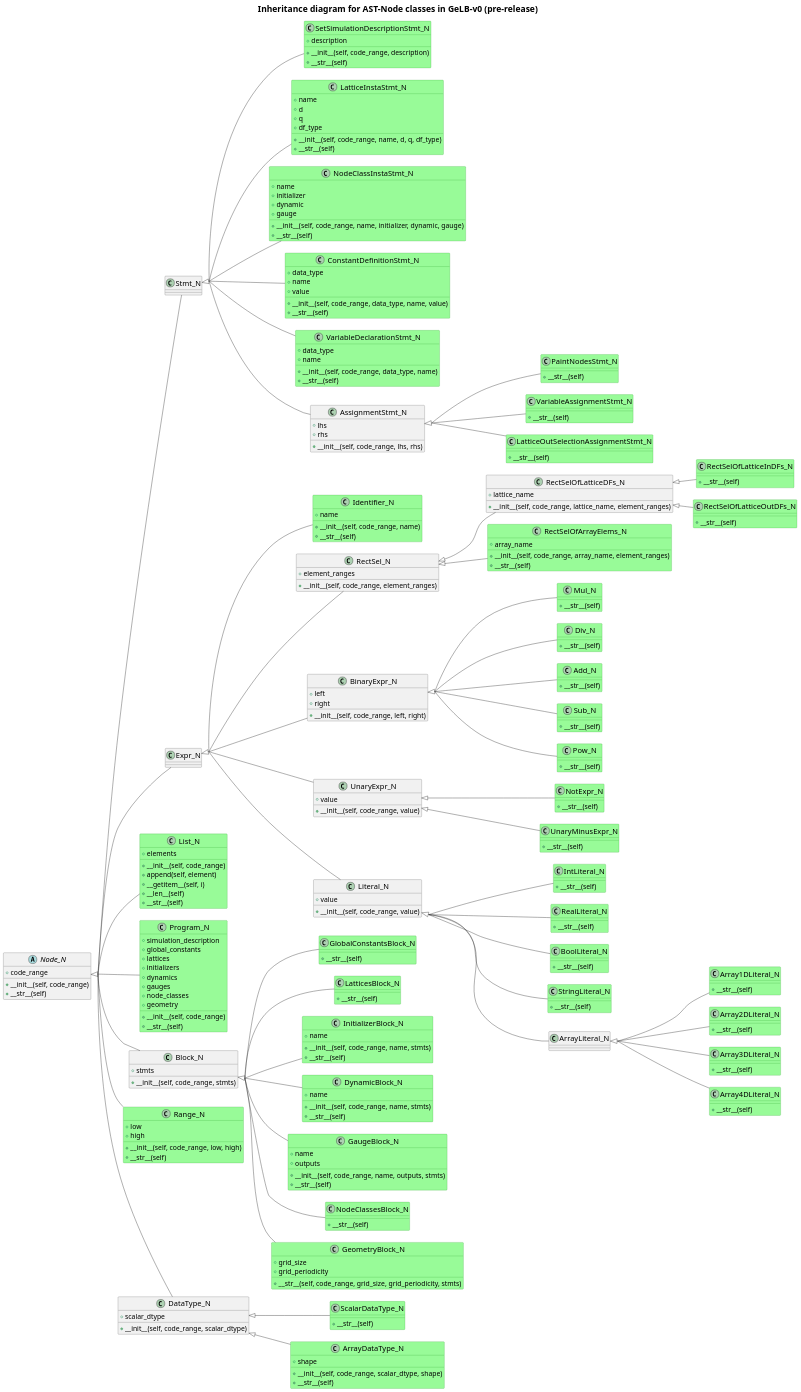
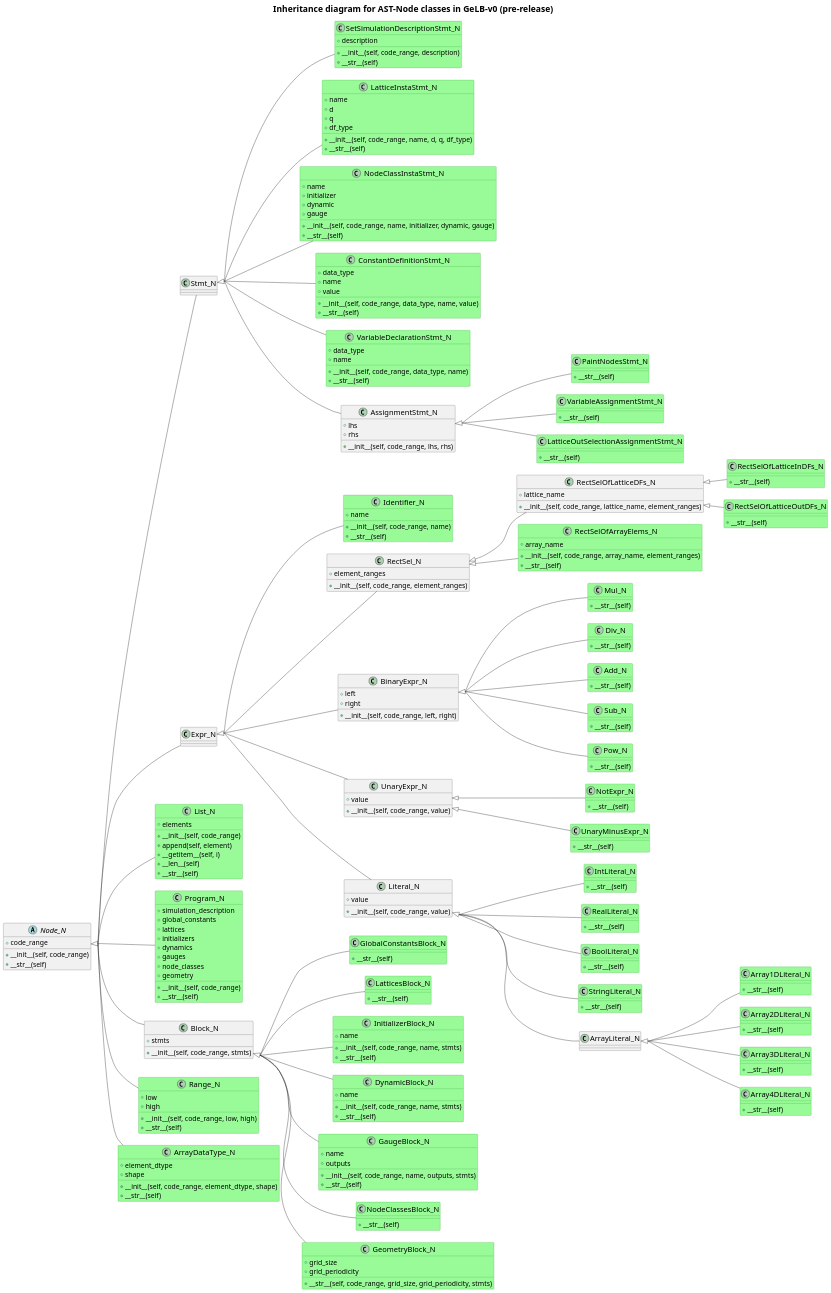
The diagram in docs/dev/GeLB_AST_Nodes_class_hierarchy.puml (dchirila/gelb), drawn with PlantUML before and after one commit. The commit also changed 39 other files, not shown here.

First line of the commit message:
Refactor type system: unify `ScalarDataType_N` and `ArrayDataType_N`

```diff
--- a/docs/dev/GeLB_AST_Nodes_class_hierarchy.puml
+++ b/docs/dev/GeLB_AST_Nodes_class_hierarchy.puml
@@ -164,20 +164,11 @@
     + __str__(self)
 }
 
-class DataType_N {
-    + scalar_dtype
-
-    + __init__(self, code_range, scalar_dtype)
-}
-
-class ScalarDataType_N #palegreen;line:green;text:black {
-    + __str__(self)
-}
-
 class ArrayDataType_N #palegreen;line:green;text:black {
+    + element_dtype
     + shape
 
-    + __init__(self, code_range, scalar_dtype, shape)
+    + __init__(self, code_range, element_dtype, shape)
     + __str__(self)
 }
 
@@ -324,9 +315,7 @@
 RectSelOfLatticeDFs_N <|-- RectSelOfLatticeInDFs_N
 RectSelOfLatticeDFs_N <|-- RectSelOfLatticeOutDFs_N
 RectSel_N <|-- RectSelOfArrayElems_N
-Node_N <|-- DataType_N
-DataType_N <|-- ScalarDataType_N
-DataType_N <|-- ArrayDataType_N
+Node_N <|-- ArrayDataType_N
 Expr_N <|-- BinaryExpr_N
 BinaryExpr_N <|-- Mul_N
 BinaryExpr_N <|-- Div_N
```
